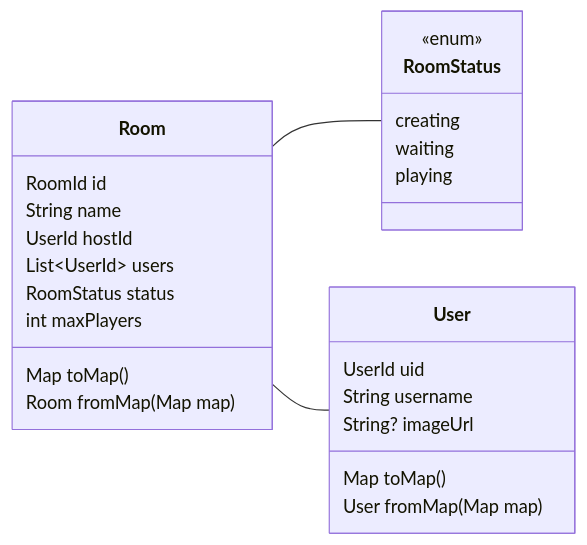
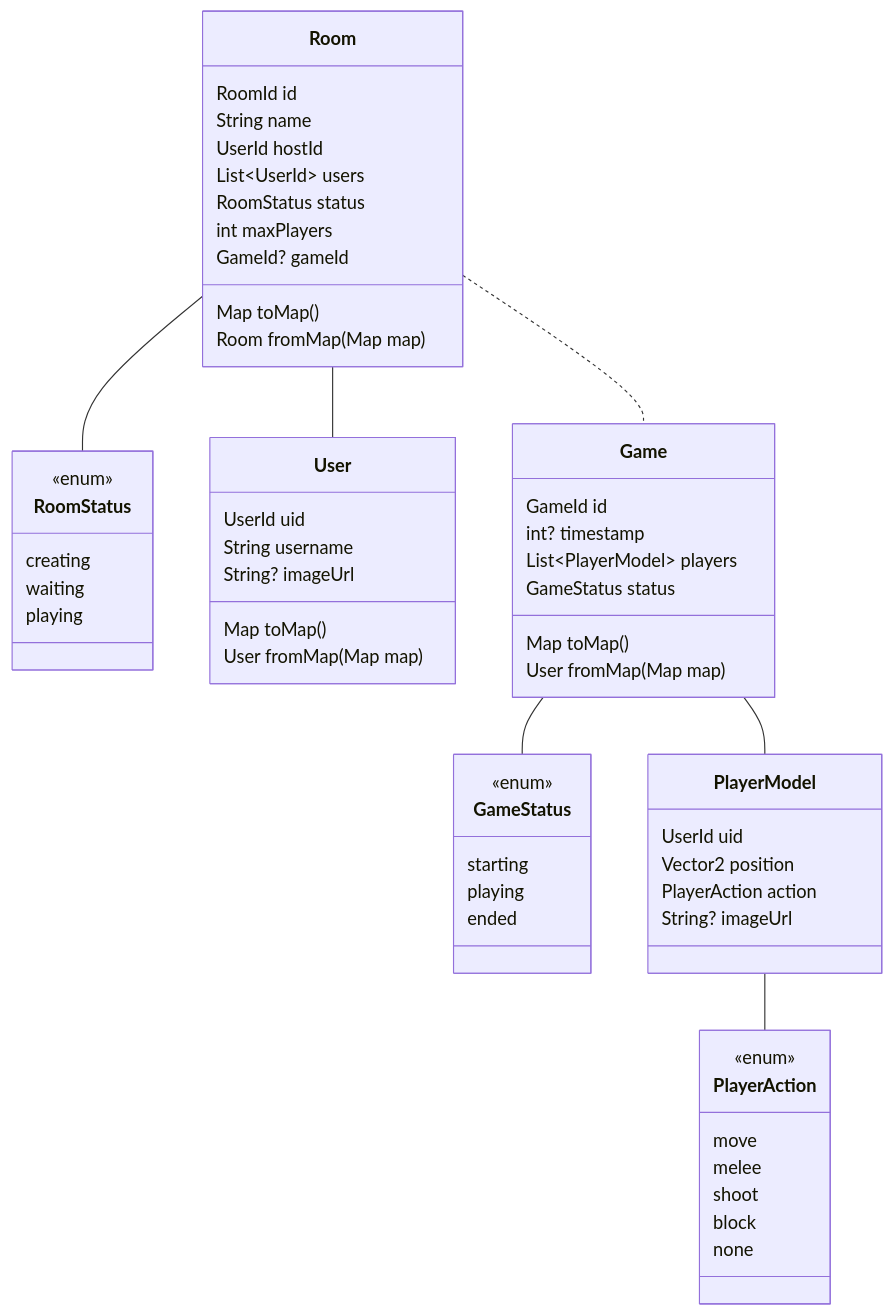
One commit to cp-23fam/portes_ouvertes changed the diagram in README.md. Above: the diagram before and after it, drawn with Mermaid. The commit also changed other lines of this file and 1 other file, not shown here.

Commit message:
readme update

````diff
--- a/README.md
+++ b/README.md
@@ -5,35 +5,74 @@
 ```mermaid
 classDiagram
-    direction LR
+    direction TB
 
     Room -- RoomStatus
     Room -- User
+    Room .. Game
+    Game -- GameStatus
+    Game -- PlayerModel
+    PlayerModel -- PlayerAction
+
 
     class Room {
         RoomId id
         String name
         UserId hostId
         List~UserId~ users
         RoomStatus status
         int maxPlayers
+        GameId? gameId
 
         Map toMap()
         Room fromMap(Map map)
     }
 
     class RoomStatus {
         <<enum>>
         creating
         waiting
         playing
     }
 
     class User {
         UserId uid
         String username
         String? imageUrl
 
         Map toMap()
         User fromMap(Map map)
     }
+
+    class Game {
+        GameId id
+        int? timestamp
+        List~PlayerModel~ players
+        GameStatus status
+
+        Map toMap()
+        User fromMap(Map map)
+    }
+
+    class GameStatus {
+        <<enum>>
+        starting
+        playing
+        ended
+    }
+
+    class PlayerModel {
+        UserId uid
+        Vector2 position
+        PlayerAction action
+        String? imageUrl
+    }
+
+    class PlayerAction {
+        <<enum>>
+        move
+        melee
+        shoot
+        block
+        none
+    }
 ```
````
